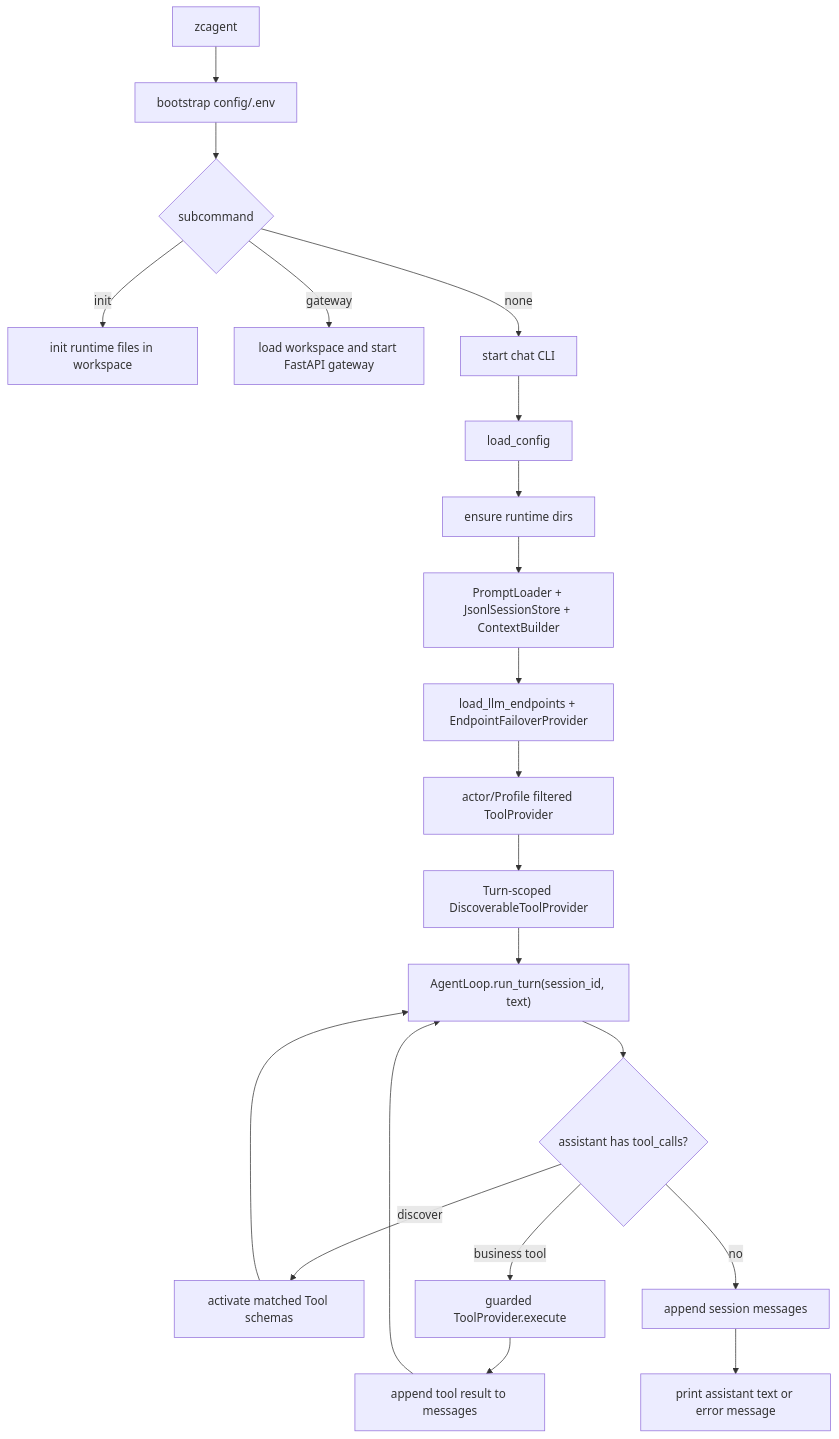
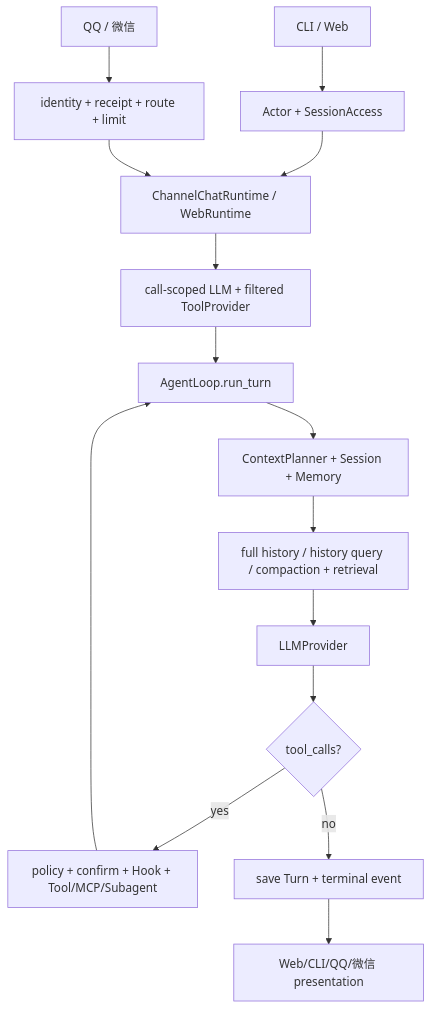
The diagram in docs_design/zhice-agent-overall-design.md (zcjMoxx/zhice_agent), drawn with Mermaid before and after one commit. The commit also changed other lines of this file and 152 other files, not shown here.

````diff
--- a/docs_design/zhice-agent-overall-design.md
+++ b/docs_design/zhice-agent-overall-design.md
@@ -489,24 +437,17 @@
 ```mermaid
 flowchart TD
-    A["zcagent"] --> B["bootstrap config/.env"]
-    B --> C{"subcommand"}
-    C -->|"init"| D["init runtime files in workspace"]
-    C -->|"gateway"| E["load workspace and start FastAPI gateway"]
-    C -->|"none"| F["start chat CLI"]
-
-    F --> G["load_config"]
-    G --> H["ensure runtime dirs"]
-    H --> I["PromptLoader + JsonlSessionStore + ContextBuilder"]
-    I --> J["load_llm_endpoints + EndpointFailoverProvider"]
-    J --> T["actor/Profile filtered ToolProvider"]
-    T --> U["Turn-scoped DiscoverableToolProvider"]
-    U --> K["AgentLoop.run_turn(session_id, text)"]
-    K --> L{"assistant has tool_calls?"}
-    L -->|"discover"| V["activate matched Tool schemas"]
-    V --> K
-    L -->|"business tool"| N["guarded ToolProvider.execute"]
-    N --> O["append tool result to messages"]
-    O --> K
-    L -->|"no"| P["append session messages"]
-    P --> M["print assistant text or error message"]
+    A["CLI / Web"] --> C["Actor + SessionAccess"]
+    B["QQ / 微信"] --> D["identity + receipt + route + limit"]
+    C --> E["ChannelChatRuntime / WebRuntime"]
+    D --> E
+    E --> F["call-scoped LLM + filtered ToolProvider"]
+    F --> G["AgentLoop.run_turn"]
+    G --> H["ContextPlanner + Session + Memory"]
+    H --> N["full history / history query / compaction + retrieval"]
+    N --> I["LLMProvider"]
+    I --> J{"tool_calls?"}
+    J -->|"yes"| K["policy + confirm + Hook + Tool/MCP/Subagent"]
+    K --> G
+    J -->|"no"| L["save Turn + terminal event"]
+    L --> M["Web/CLI/QQ/微信 presentation"]
 ```
````
